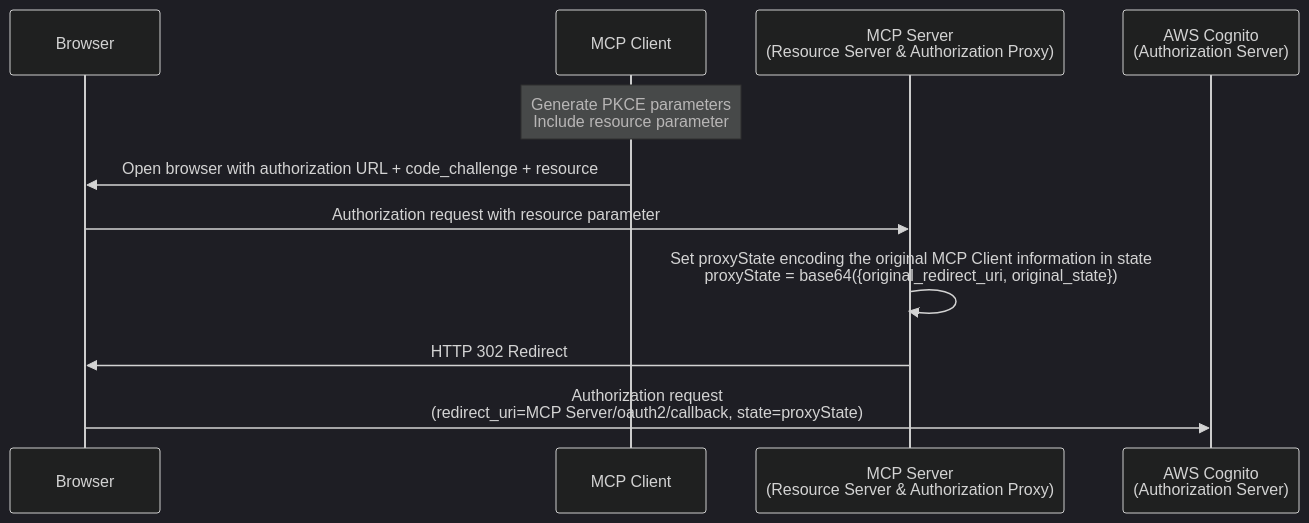
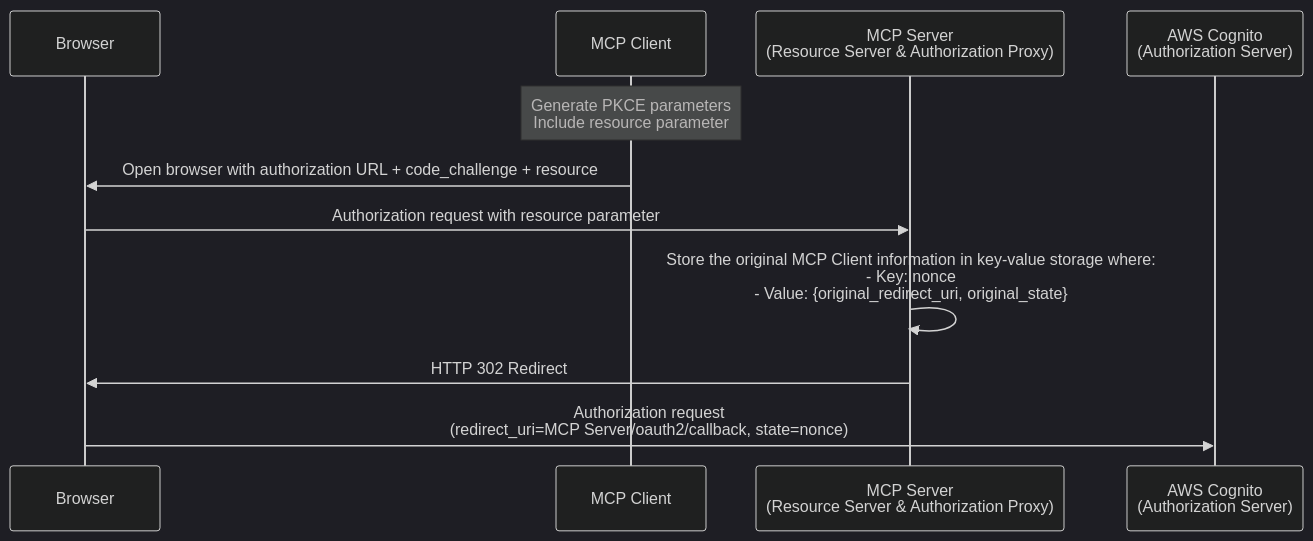
The tenth of 14 diagrams in app/articles/2025/202509/remote-mcp-server-with-auth.mdx (sunadoi/blog), drawn with Mermaid (dark theme) before and after one commit. The commit also changed other lines of this file, not shown here.

````diff
--- a/app/articles/2025/202509/remote-mcp-server-with-auth.mdx
+++ b/app/articles/2025/202509/remote-mcp-server-with-auth.mdx
@@ -450,14 +455,14 @@
 ```mermaid
 sequenceDiagram
     participant Browser as Browser
     participant Client as MCP Client
     participant Server as MCP Server<br/>(Resource Server & Authorization Proxy)
     participant Cognito as AWS Cognito<br/>(Authorization Server)
 
     Note over Client: Generate PKCE parameters<br/>Include resource parameter
     Client->>Browser: Open browser with authorization URL + code_challenge + resource
     Browser->>Server: Authorization request with resource parameter
-    Server->>Server: Set proxyState encoding the original MCP Client information in state<br/> proxyState = base64({original_redirect_uri, original_state})
-    Server->>Browser: HTTP 302 Redirect
-    Browser->>Cognito: Authorization request<br/>(redirect_uri=MCP Server/oauth2/callback, state=proxyState)
+    Server->>Server: Store the original MCP Client information in key-value storage where:<br/>- Key: nonce<br/>- Value: {original_redirect_uri, original_state}
+      Server->>Browser: HTTP 302 Redirect
+      Browser->>Cognito: Authorization request<br/>(redirect_uri=MCP Server/oauth2/callback, state=nonce)
 ```
````
